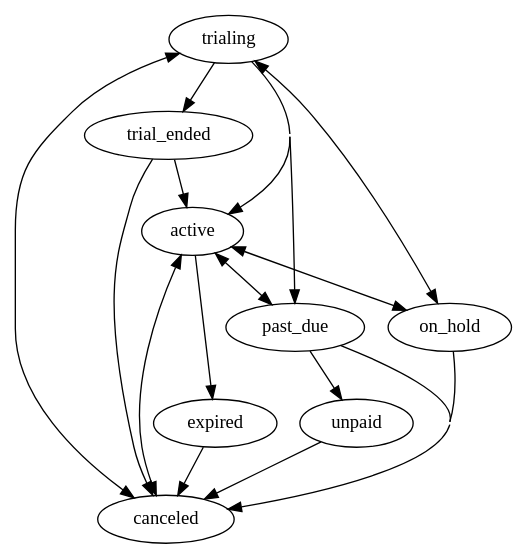
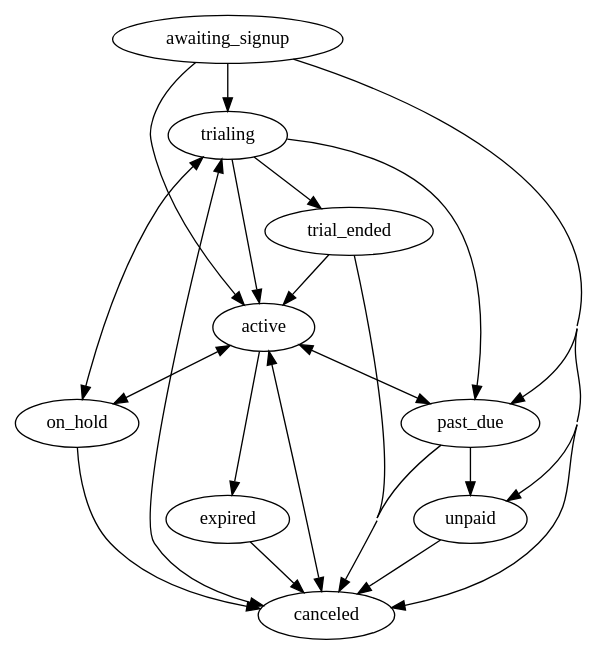
The diagram in subscription-states/subscription_states.dot (wsmoak/chargify-examples), drawn with Graphviz before and after one commit.

Commit message:
Add the new awaiting_signup state

```diff
--- a/subscription-states/subscription_states.dot
+++ b/subscription-states/subscription_states.dot
@@ -1,24 +1,29 @@
 digraph subscription_states {
  concentrate=true;
  trialing -> active;
  trialing -> trial_ended;
  trialing -> past_due;
  trialing -> canceled;
  trialing -> on_hold;
  trial_ended -> canceled;
  trial_ended -> active;
  active -> canceled;
  active -> past_due;
  active -> expired;
  active -> on_hold
  past_due -> unpaid;
  past_due -> active;
  past_due -> canceled;
  unpaid -> canceled;
  expired -> canceled;
  canceled -> active;
  canceled -> trialing;
  on_hold -> active;
  on_hold -> canceled;
  on_hold -> trialing;
+ awaiting_signup -> active;
+ awaiting_signup -> trialing;
+ awaiting_signup -> canceled;
+ awaiting_signup -> unpaid;
+ awaiting_signup -> past_due;
 }
```
